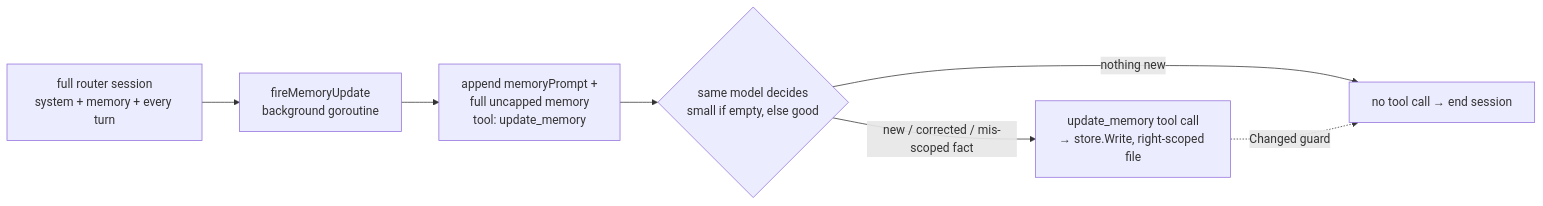
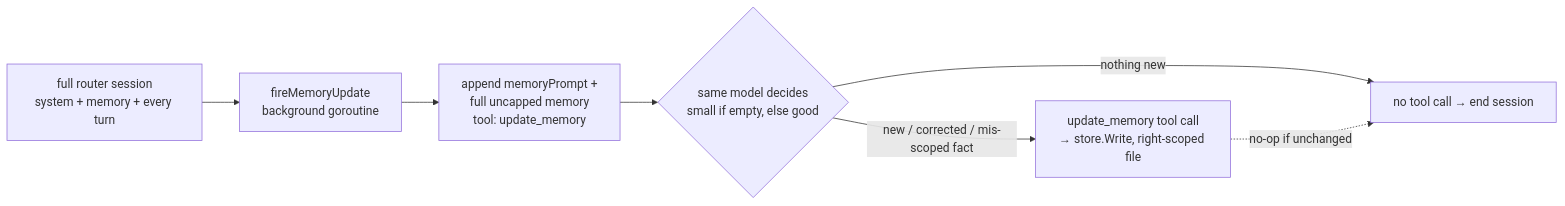
Before and after one commit to hetsaraiya/spores: the fifth of 5 diagrams in ARCHITECTURE.md, drawn with Mermaid. The commit also changed other lines of this file and 17 other files, not shown here.

````diff
--- a/ARCHITECTURE.md
+++ b/ARCHITECTURE.md
@@ -158,9 +158,9 @@
 ```mermaid
 flowchart LR
     S[full router session\nsystem + memory + every turn] --> F[fireMemoryUpdate\nbackground goroutine]
     F --> P[append memoryPrompt +\nfull uncapped memory\ntool: update_memory]
     P --> M{same model decides\nsmall if empty, else good}
     M -->|new / corrected / mis-scoped fact| W[update_memory tool call\n→ store.Write, right-scoped file]
     M -->|nothing new| X[no tool call → end session]
-    W -.->|Changed guard| X
+    W -.->|no-op if unchanged| X
 ```
````
